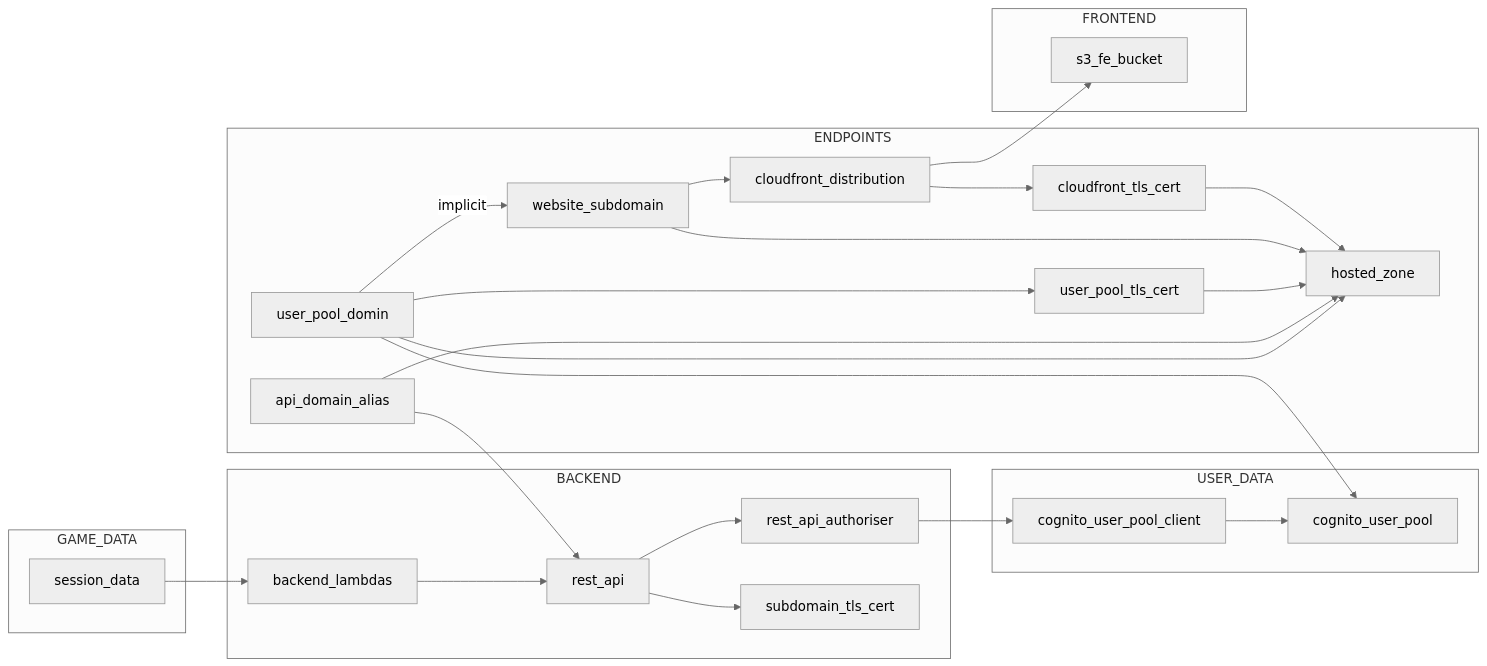
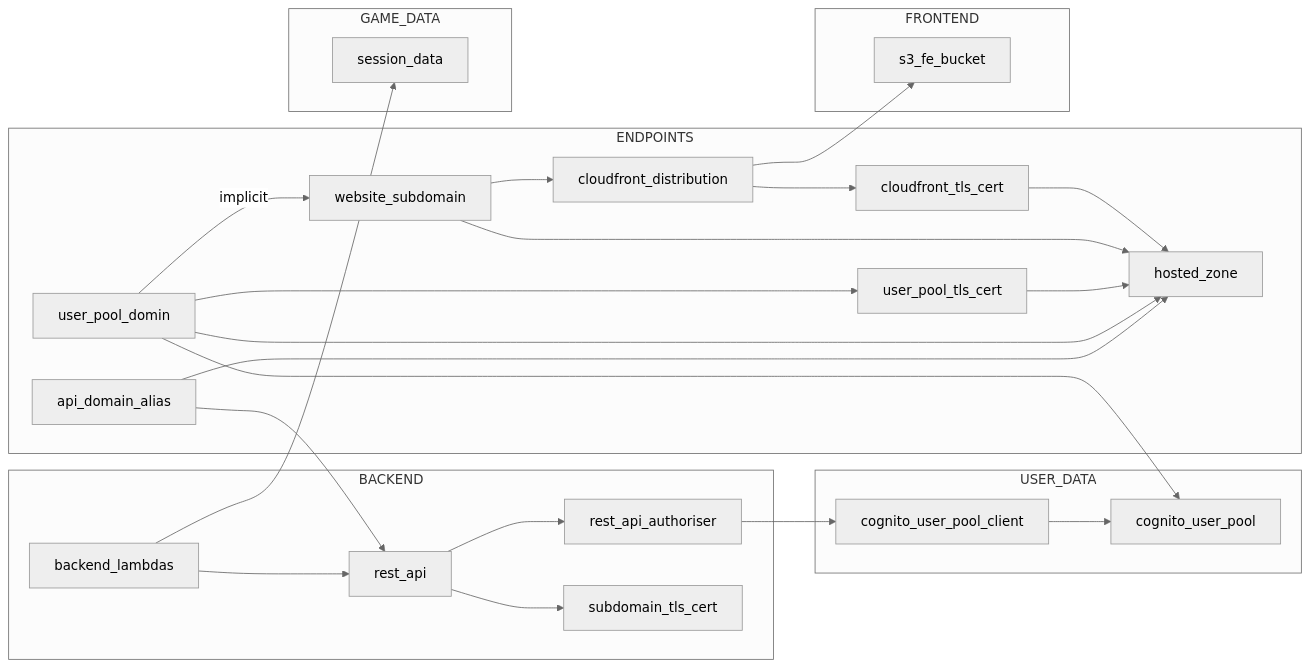
Before and after one commit to theUltimateZoltan/TGOB: the diagram in cards_dev/cards_dev/services_graph.md, drawn with Mermaid (neutral theme). The commit also changed 6 other files, not shown here.

````diff
--- a/cards_dev/cards_dev/services_graph.md
+++ b/cards_dev/cards_dev/services_graph.md
@@ -1,47 +1,48 @@
 ```mermaid
 graph LR
-    session_data-->backend_lambdas;
+    
+    cloudfront_tls_cert-->hosted_zone;
+    website_subdomain-->cloudfront_distribution;
+    cloudfront_distribution-->cloudfront_tls_cert;
+    cloudfront_distribution-->s3_fe_bucket;
+    user_pool_domin--implicit-->website_subdomain;
+    website_subdomain-->hosted_zone;
+    user_pool_domin-->user_pool_tls_cert;
+    user_pool_tls_cert-->hosted_zone;
+    user_pool_domin-->hosted_zone;
+    api_domain_alias-->rest_api;
+    api_domain_alias-->hosted_zone;
+    rest_api-->rest_api_authoriser;
     backend_lambdas-->rest_api;
-    rest_api-->rest_api_authoriser;
     rest_api-->subdomain_tls_cert;
     rest_api_authoriser-->cognito_user_pool_client;
     cognito_user_pool_client-->cognito_user_pool;
     user_pool_domin-->cognito_user_pool;
-    website_subdomain-->cloudfront_distribution;
-    cloudfront_distribution-->cloudfront_tls_cert;
-    cloudfront_distribution-->s3_fe_bucket;
-    user_pool_domin--implicit-->website_subdomain;
-    cloudfront_tls_cert-->hosted_zone;
-    website_subdomain-->hosted_zone;
-    user_pool_domin-->user_pool_tls_cert;
-    user_pool_tls_cert-->hosted_zone;
-    api_domain_alias-->hosted_zone;
-    user_pool_domin-->hosted_zone;
-    api_domain_alias-->rest_api;
+    backend_lambdas-->session_data;
 
     subgraph ENDPOINTS
         cloudfront_tls_cert;
         user_pool_tls_cert;
         hosted_zone;
         cloudfront_distribution;
         user_pool_domin;
         api_domain_alias;
         website_subdomain;
     end
     subgraph USER_DATA
         cognito_user_pool_client;
         cognito_user_pool;
     end
     subgraph BACKEND
         rest_api_authoriser;
         rest_api;
         backend_lambdas;
         subdomain_tls_cert;
     end
     subgraph GAME_DATA
         session_data;
     end
     subgraph FRONTEND
         s3_fe_bucket;
     end    
 ```
````
